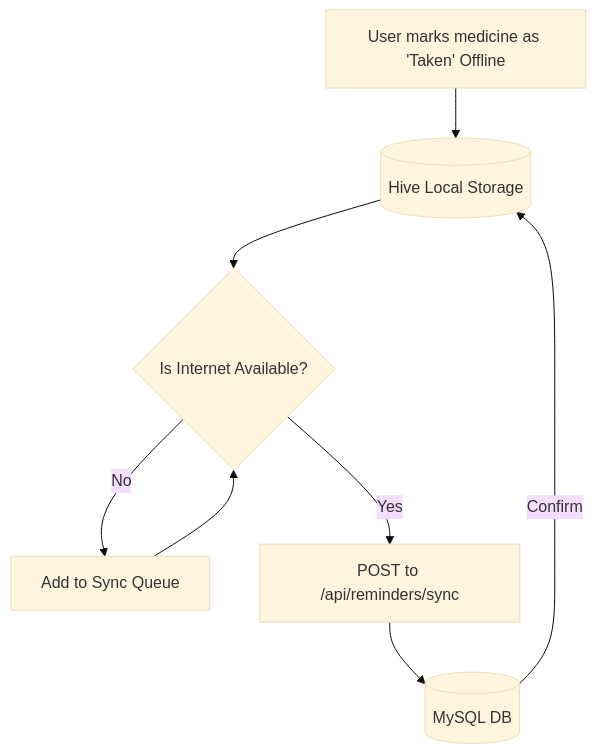
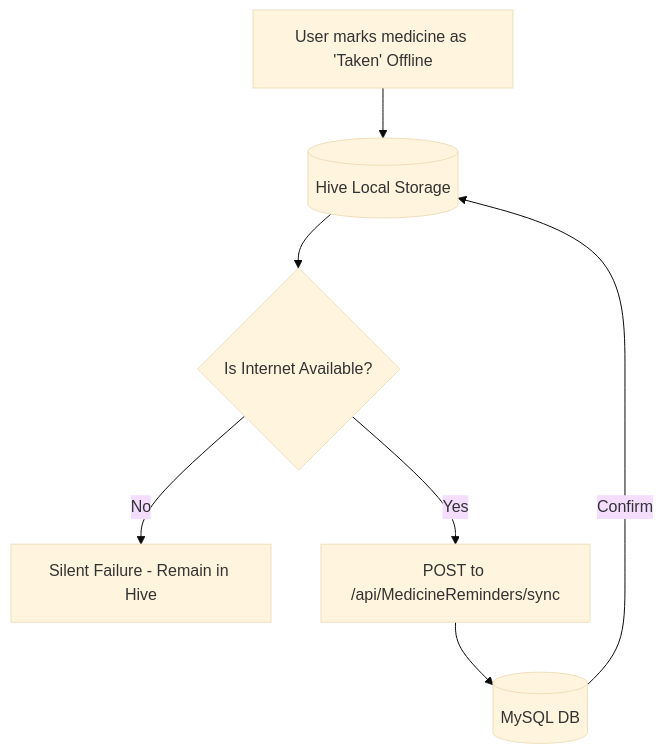
Diagram 18 of 20 in Medi_AI_Backend_railway/thesis/Medi-AI_Thesis.md (mediaibuitems-ui/Medi-AI_B_F), drawn with Mermaid (base theme) before and after one commit. The commit also changed other lines of this file and 1 other file, not shown here.

Commit message:
docs: align thesis diagrams with technical audit findings

````diff
--- a/Medi_AI_Backend_railway/thesis/Medi-AI_Thesis.md
+++ b/Medi_AI_Backend_railway/thesis/Medi-AI_Thesis.md
@@ -932,17 +962,16 @@
 ```mermaid
 flowchart TD
     Offline[User marks medicine as 'Taken' Offline]
     Hive[(Hive Local Storage)]
     NetworkCheck{Is Internet Available?}
-    Queue[Add to Sync Queue]
-    Sync[POST to /api/reminders/sync]
+    Fail[Silent Failure - Remain in Hive]
+    Sync[POST to /api/MedicineReminders/sync]
     Cloud[(MySQL DB)]
 
     Offline --> Hive
     Hive --> NetworkCheck
-    NetworkCheck -->|No| Queue
-    Queue --> NetworkCheck
+    NetworkCheck -->|No| Fail
     NetworkCheck -->|Yes| Sync
     Sync --> Cloud
     Cloud -->|Confirm| Hive
 ```
````
